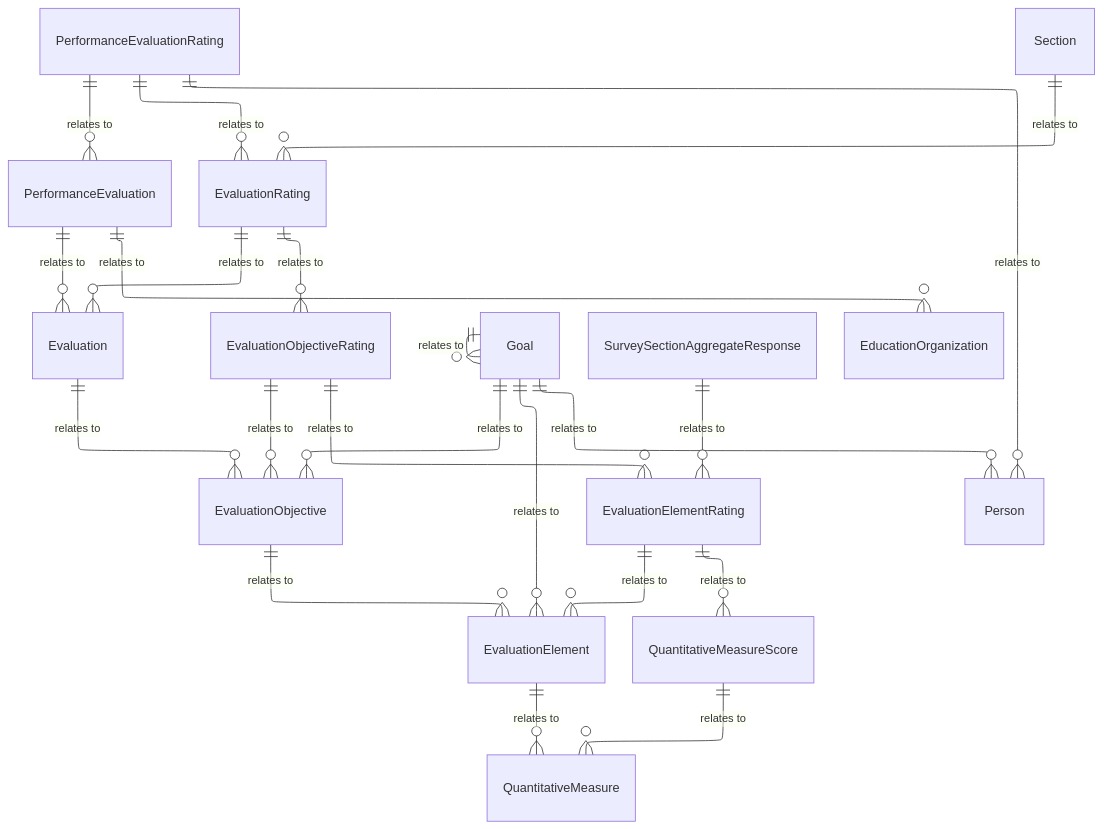
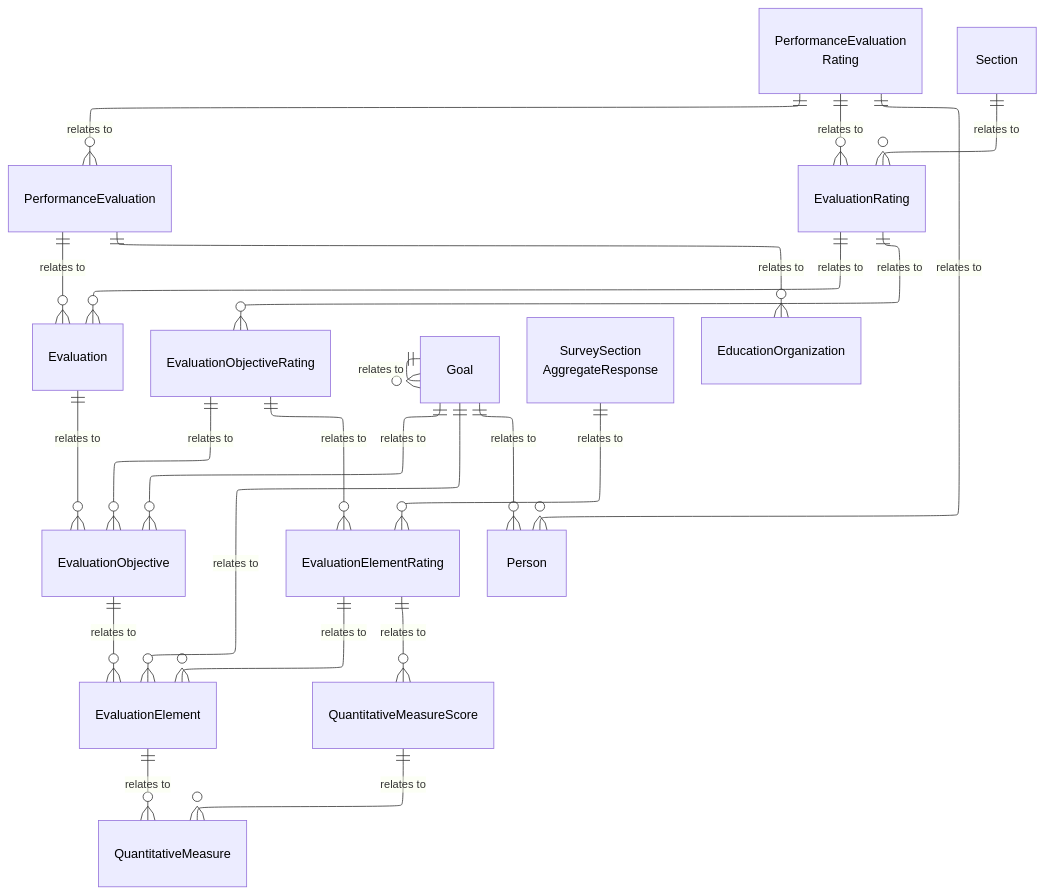
One commit to Ed-Fi-Alliance-OSS/ed-fi-alliance-oss.github.io changed the diagram in dataStandard_versioned_docs/version-6/model-reference/performance-evaluation-domain/model-diagrams.md. Above: the diagram before and after it, drawn with Mermaid. The commit also changed 24 other files, not shown here.

````diff
--- a/dataStandard_versioned_docs/version-6/model-reference/performance-evaluation-domain/model-diagrams.md
+++ b/dataStandard_versioned_docs/version-6/model-reference/performance-evaluation-domain/model-diagrams.md
@@ -10,60 +10,73 @@
 ```mermaid
 ---
-
 config:
   layout: elk
 ---
-
 erDiagram
     PerformanceEvaluation {
     }
-    PerformanceEvaluationRating {
+    PerformanceEvaluationRating["PerformanceEvaluation<br/>Rating"] {
     }
     Evaluation {
     }
     EvaluationRating {
     }
     EvaluationObjective {
     }
     EvaluationObjectiveRating {
     }
     EvaluationElement {
     }
     EvaluationElementRating {
     }
     QuantitativeMeasure {
     }
     QuantitativeMeasureScore {
     }
     Goal {
     }
     Person {
     }
     Section {
     }
-    SurveySectionAggregateResponse {
+    SurveySectionAggregateResponse["SurveySection<br/>AggregateResponse"] {
     }
     EducationOrganization {
     }
     PerformanceEvaluation ||--o{ EducationOrganization : "relates to"
     PerformanceEvaluation ||--o{ Evaluation : "relates to"
     PerformanceEvaluationRating ||--o{ PerformanceEvaluation : "relates to"
     PerformanceEvaluationRating ||--o{ EvaluationRating : "relates to"
     PerformanceEvaluationRating ||--o{ Person : "relates to"
     EvaluationRating ||--o{ Evaluation : "relates to"
     EvaluationRating ||--o{ EvaluationObjectiveRating : "relates to"
     Evaluation ||--o{ EvaluationObjective : "relates to"
     EvaluationObjective ||--o{ EvaluationElement : "relates to"
     EvaluationObjectiveRating ||--o{ EvaluationObjective : "relates to"
     EvaluationObjectiveRating ||--o{ EvaluationElementRating : "relates to"
     EvaluationElementRating ||--o{ EvaluationElement : "relates to"
     EvaluationElementRating ||--o{ QuantitativeMeasureScore : "relates to"
     EvaluationElement ||--o{ QuantitativeMeasure : "relates to"
     QuantitativeMeasureScore ||--o{ QuantitativeMeasure : "relates to"
     Goal ||--o{ Person : "relates to"
     Goal ||--o{ EvaluationObjective : "relates to"
     Goal ||--o{ EvaluationElement : "relates to"
     Goal ||--o{ Goal : "relates to"
     Section ||--o{ EvaluationRating : "relates to"
     SurveySectionAggregateResponse ||--o{ EvaluationElementRating : "relates to"
+    style PerformanceEvaluation color:#000000
+    style PerformanceEvaluationRating color:#000000
+    style Evaluation color:#000000
+    style EvaluationRating color:#000000
+    style EvaluationObjective color:#000000
+    style EvaluationObjectiveRating color:#000000
+    style EvaluationElement color:#000000
+    style EvaluationElementRating color:#000000
+    style QuantitativeMeasure color:#000000
+    style QuantitativeMeasureScore color:#000000
+    style Goal color:#000000
+    style Person color:#000000
+    style Section color:#000000
+    style SurveySectionAggregateResponse color:#000000
+    style EducationOrganization color:#000000
 ```
````
